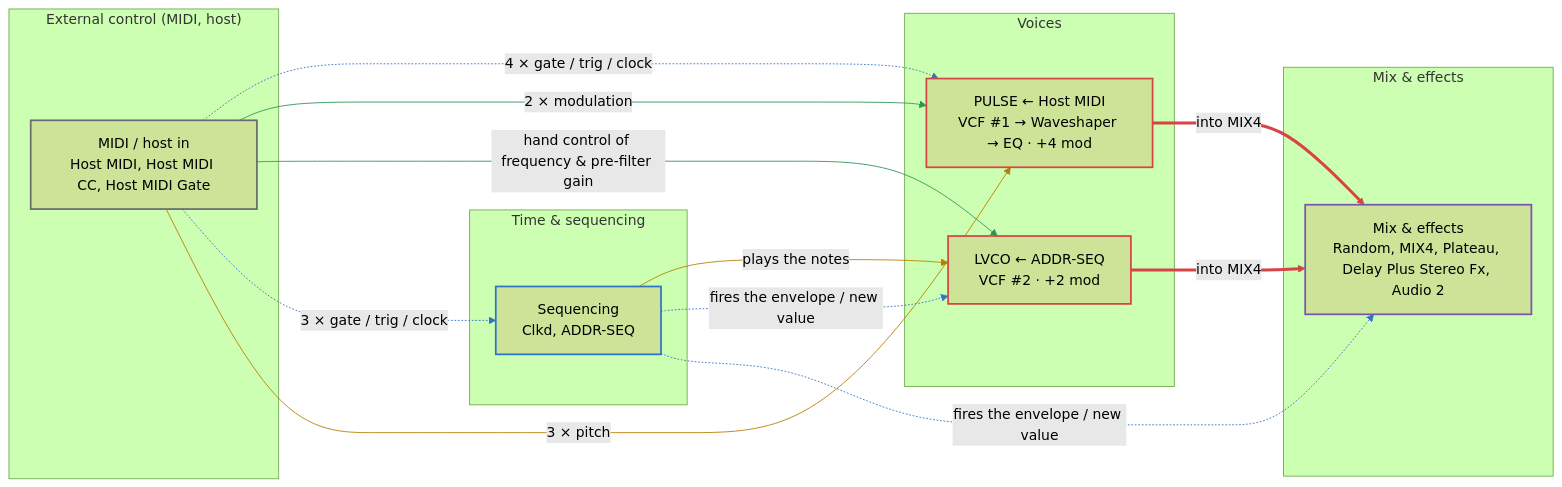
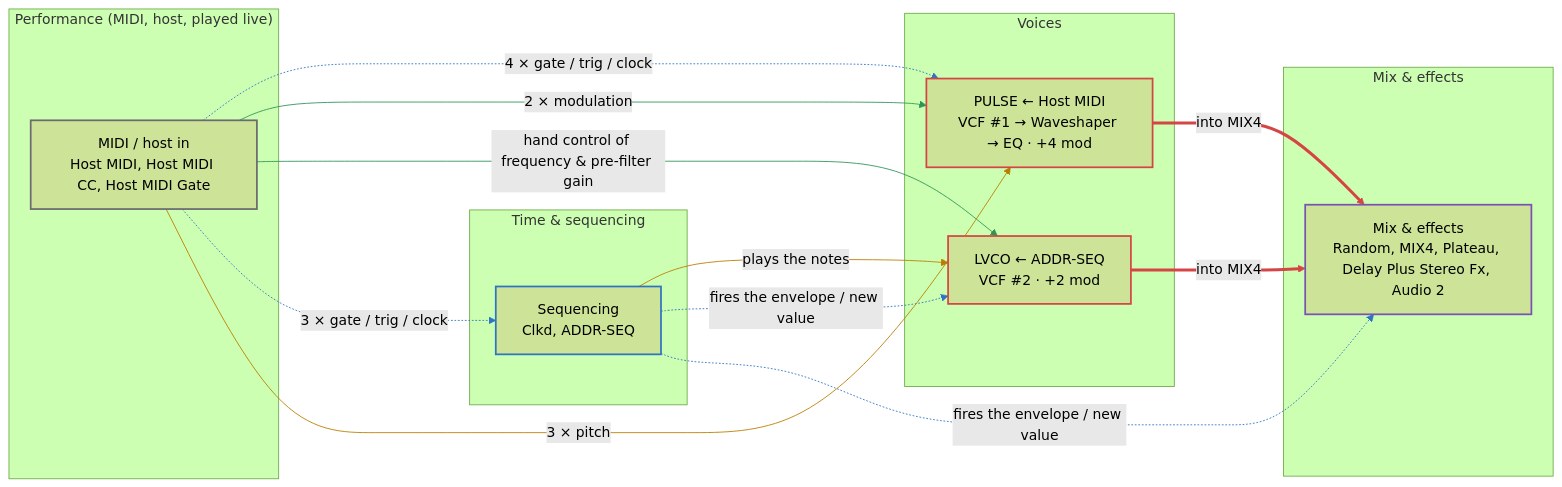
One commit to neilbgr/VcvPatchDiagram changed the diagram in README.md. Above: the diagram before and after it, drawn with Mermaid (forest theme). The commit also changed other lines of this file and 20 other files, not shown here.

````diff
--- a/README.md
+++ b/README.md
@@ -19,40 +19,40 @@
 ```mermaid
 flowchart LR
-  subgraph b0["External control (MIDI, host)"]
+  subgraph b0["Performance (MIDI, host, played live)"]
     n_g_external["MIDI / host in<br/>Host MIDI, Host MIDI CC, Host MIDI Gate"]:::io
   end
   subgraph b1["Time & sequencing"]
     n_g_time["Sequencing<br/>Clkd, ADDR-SEQ"]:::time
   end
   subgraph b2["Voices"]
     n_g_voice_1["LVCO ← ADDR-SEQ<br/>VCF #2 · +2 mod"]:::source
     n_g_voice_2["PULSE ← Host MIDI<br/>VCF #1 → Waveshaper → EQ · +4 mod"]:::source
   end
   subgraph b3["Mix & effects"]
     n_g_bus["Mix & effects<br/>Random, MIX4, Plateau, Delay Plus Stereo Fx, Audio 2"]:::mixer
   end
   n_g_voice_1 ==>|"into MIX4"| n_g_bus
   n_g_external -.->|"4 × gate / trig / clock"| n_g_voice_2
   n_g_external -->|"2 × modulation"| n_g_voice_2
   n_g_time -->|"plays the notes"| n_g_voice_1
   n_g_time -.->|"fires the envelope / new value"| n_g_voice_1
   n_g_external -->|"hand control of frequency & pre-filter gain"| n_g_voice_1
   n_g_time -.->|"fires the envelope / new value"| n_g_bus
   n_g_external -.->|"3 × gate / trig / clock"| n_g_time
   n_g_external -->|"3 × pitch"| n_g_voice_2
   n_g_voice_2 ==>|"into MIX4"| n_g_bus
   linkStyle 0 stroke:#d64545
   linkStyle 1 stroke:#2f74c4
   linkStyle 2 stroke:#2c9457
   linkStyle 3 stroke:#b97d00
   linkStyle 4 stroke:#2f74c4
   linkStyle 5 stroke:#2c9457
   linkStyle 6 stroke:#2f74c4
   linkStyle 7 stroke:#2f74c4
   linkStyle 8 stroke:#b97d00
   linkStyle 9 stroke:#d64545
   classDef time stroke:#2f74c4,stroke-width:2px
   classDef source stroke:#d64545,stroke-width:2px
   classDef mixer stroke:#7a52b3,stroke-width:2px
   classDef io stroke:#6b6b70,stroke-width:2px
 ```
````
